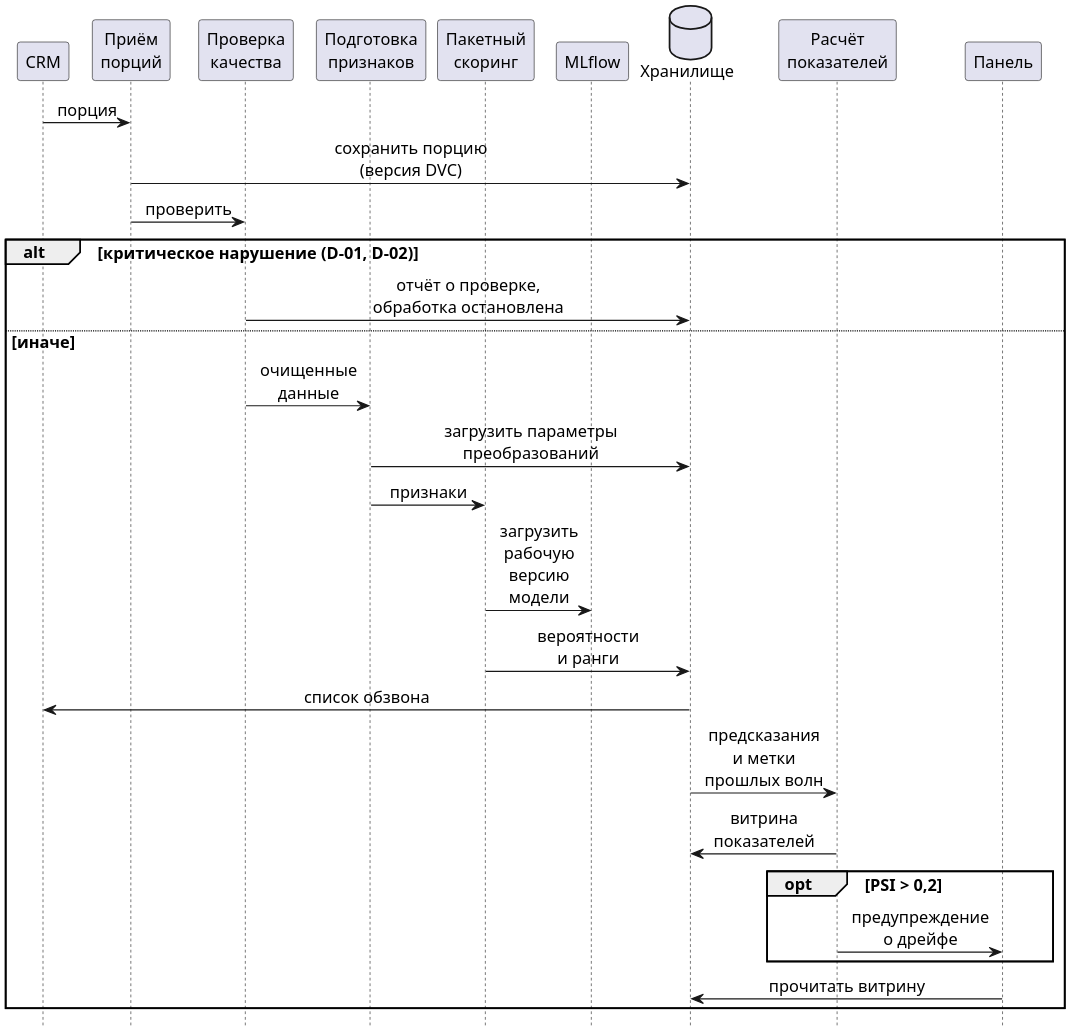
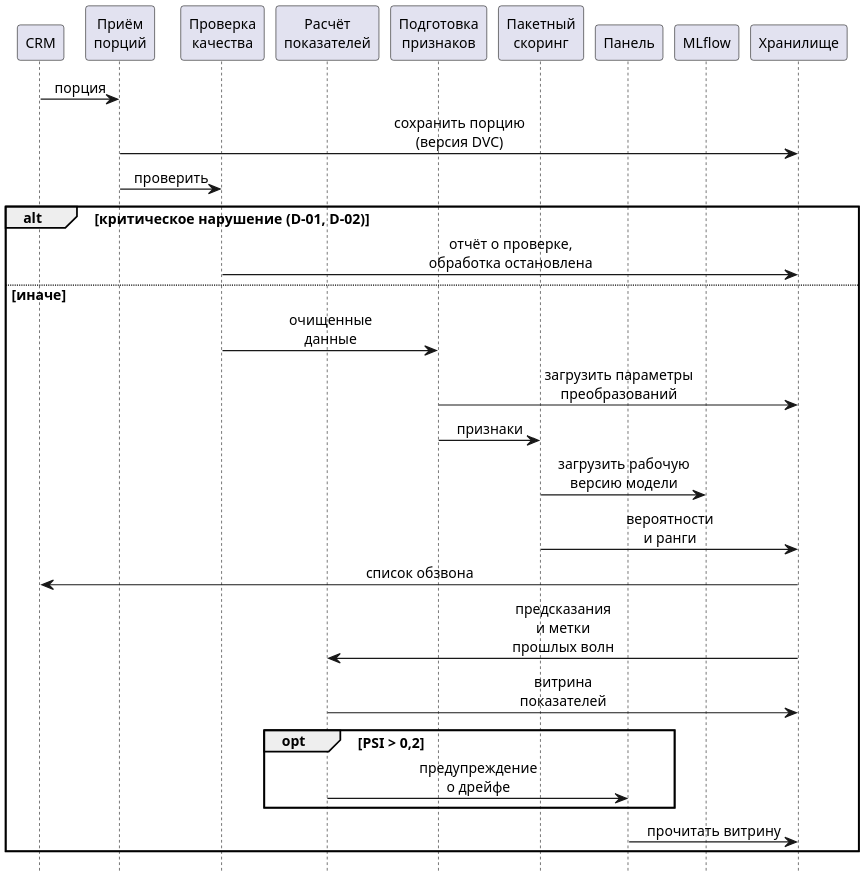
One commit to Lishangie/bank-marketing-mlops changed the diagram in docs/architecture/sequence_batch.puml. Above: the diagram before and after it, drawn with PlantUML. The commit also changed 13 other files, not shown here.

First line of the commit message:
Диаграммы под книжную страницу: все рис_2_1…2_5 ≤ 17 × 19 см при кегле ≥ 12

```diff
--- a/docs/architecture/sequence_batch.puml
+++ b/docs/architecture/sequence_batch.puml
@@ -1,39 +1,55 @@
 @startuml sequence_batch
 !pragma layout smetana
 skinparam dpi 200
 skinparam defaultFontName Arial
-skinparam defaultFontSize 14
+skinparam defaultFontSize 12
 skinparam shadowing false
 skinparam sequenceMessageAlign center
+' Отступы участников заданы стилем: skinparam ParticipantPadding в PlantUML
+' 1.2026 устарел и печатает в PNG плашку-предупреждение. BoxPadding не нужен —
+' группировок box нет. maxMessageSize не задан: перенос по 90 px делил
+' подписи на 3–4 строки и увеличивал высоту до 1649 px; подписи разбиты
+' вручную, не больше 3 слов в строке.
+<style>
+sequenceDiagram {
+  participant {
+    Padding 1
+    Margin 0
+  }
+}
+</style>
 hide footbox
 
+' Порядок участников подобран под ширину страницы: сообщения с длинными
+' словами («предупреждение», «предсказания», «очищенные») идут через
+' несколько линий жизни, а не между соседними.
 participant "CRM" as crm
 participant "Приём\nпорций" as ingest
 participant "Проверка\nкачества" as validate
+participant "Расчёт\nпоказателей" as monitor
 participant "Подготовка\nпризнаков" as prep
 participant "Пакетный\nскоринг" as score
+participant "Панель" as panel
 participant "MLflow" as mlflow
-database "Хранилище" as store
-participant "Расчёт\nпоказателей" as monitor
-participant "Панель" as panel
+participant "Хранилище" as store
 
 crm -> ingest : порция
 ingest -> store : сохранить порцию\n(версия DVC)
 ingest -> validate : проверить
 alt критическое нарушение (D-01, D-02)
   validate -> store : отчёт о проверке,\nобработка остановлена
 else иначе
   validate -> prep : очищенные\nданные
   prep -> store : загрузить параметры\nпреобразований
   prep -> score : признаки
-  score -> mlflow : загрузить\nрабочую\nверсию\nмодели
+  score -> mlflow : загрузить рабочую\nверсию модели
   score -> store : вероятности\nи ранги
   store -> crm : список обзвона
   monitor <- store : предсказания\nи метки\nпрошлых волн
   monitor -> store : витрина\nпоказателей
   opt PSI > 0,2
     monitor -> panel : предупреждение\nо дрейфе
   end
   panel -> store : прочитать витрину
 end
 @enduml
```
